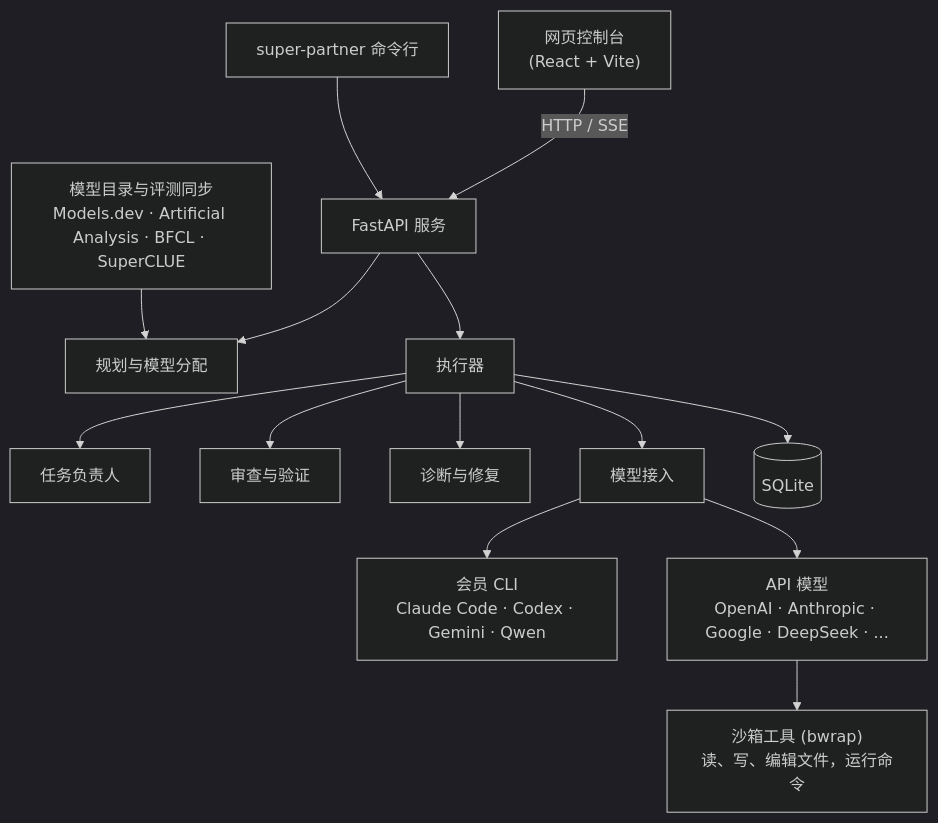
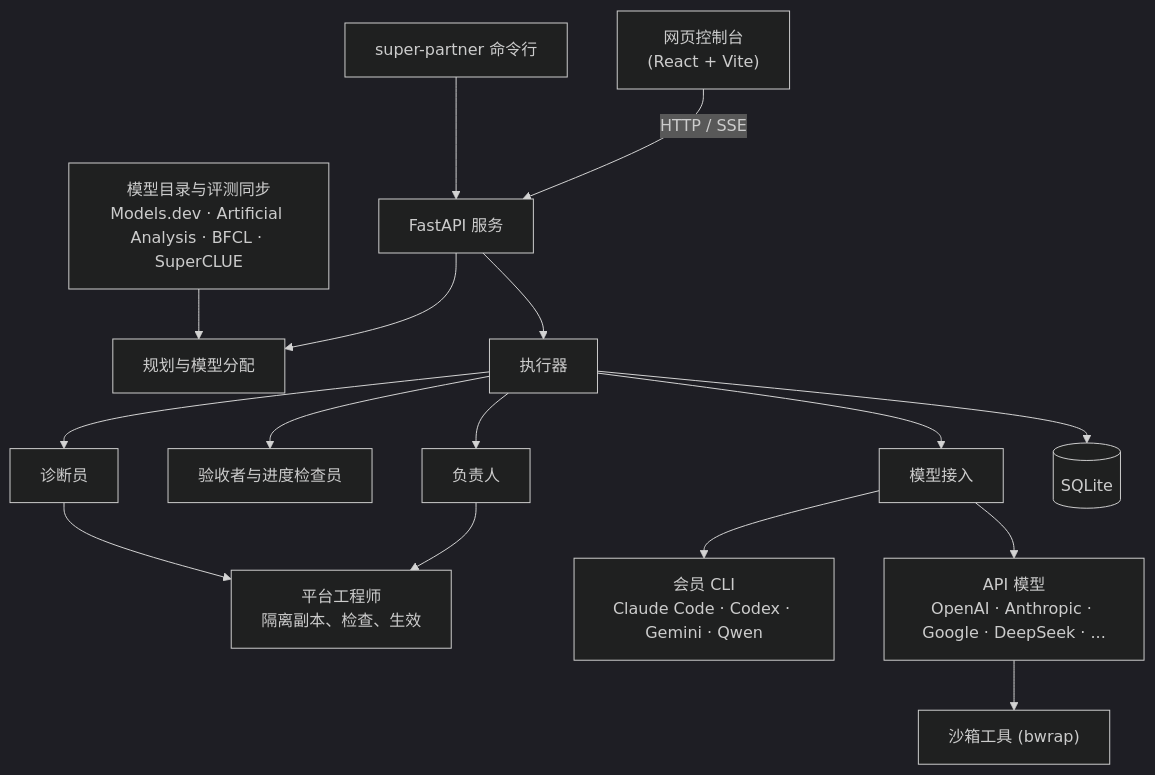
Before and after one commit to mchwang233/super-partner: the second of 2 diagrams in README.zh-CN.md, drawn with Mermaid (dark theme). The commit also changed other lines of this file and 3 other files, not shown here.

````diff
--- a/README.zh-CN.md
+++ b/README.zh-CN.md
@@ -48,16 +92,18 @@
 ```mermaid
 flowchart TB
     UI["网页控制台<br/>(React + Vite)"] -- "HTTP / SSE" --> API["FastAPI 服务"]
     CLI["super-partner 命令行"] --> API
     API --> PL["规划与模型分配"]
     API --> EX["执行器"]
-    EX --> LEAD["任务负责人"]
-    EX --> REV["审查与验证"]
-    EX --> DIAG["诊断与修复"]
+    EX --> LEAD["负责人"]
+    EX --> REV["验收者与进度检查员"]
+    EX --> DIAG["诊断员"]
     EX --> PROV["模型接入"]
+    LEAD --> ENG["平台工程师<br/>隔离副本、检查、生效"]
+    DIAG --> ENG
     PROV --> MCLI["会员 CLI<br/>Claude Code · Codex · Gemini · Qwen"]
     PROV --> APIM["API 模型<br/>OpenAI · Anthropic · Google · DeepSeek · ..."]
-    APIM --> SB["沙箱工具 (bwrap)<br/>读、写、编辑文件，运行命令"]
+    APIM --> SB["沙箱工具 (bwrap)"]
     EX --> DB[("SQLite")]
     CAT["模型目录与评测同步<br/>Models.dev · Artificial Analysis · BFCL · SuperCLUE"] --> PL
 ```
````
